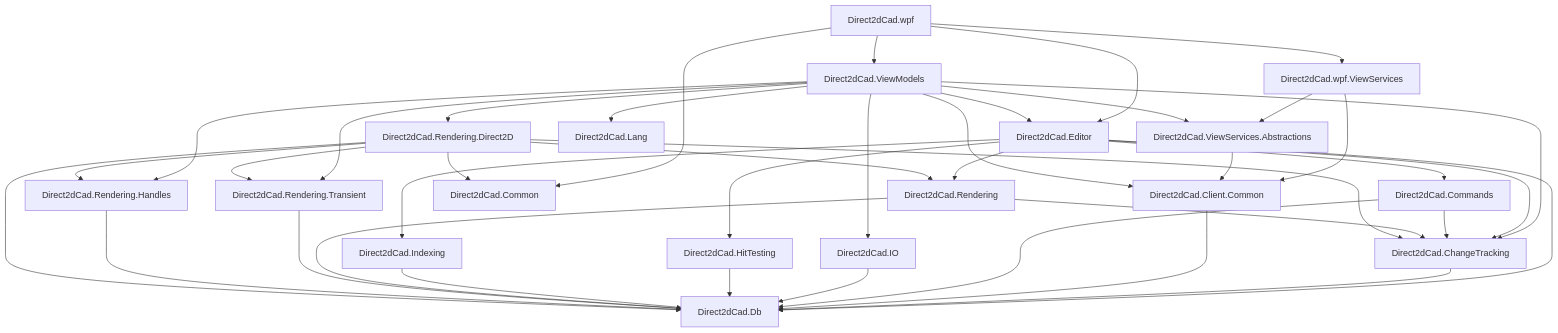
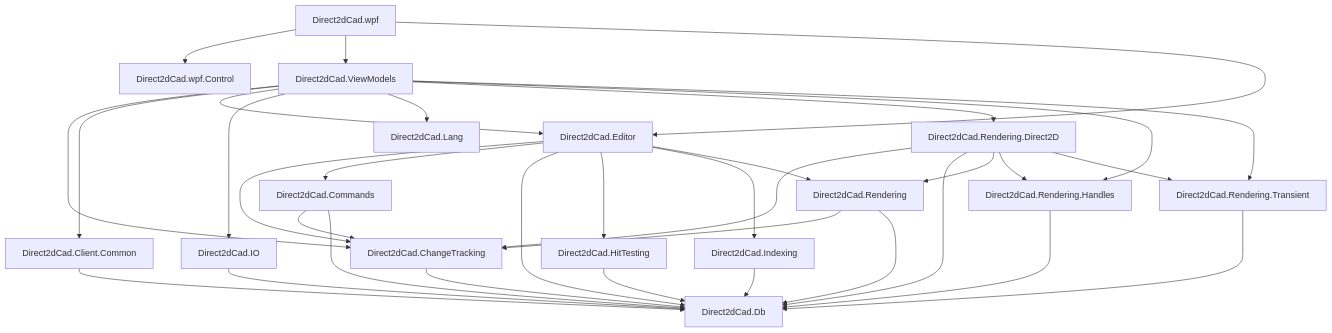
Before and after one commit to yoi102/Direct2dCad: the second of 2 diagrams in README.md, drawn with Mermaid. The commit also changed other lines of this file and 44 other files, not shown here.

````diff
--- a/README.md
+++ b/README.md
@@ -57,68 +73,58 @@
 ```mermaid
 flowchart TD
     WPF["Direct2dCad.wpf"]
+    WpfControl["Direct2dCad.wpf.Control"]
     VM["Direct2dCad.ViewModels"]
-    WpfViewServices["Direct2dCad.wpf.ViewServices"]
-    ViewServices["Direct2dCad.ViewServices.Abstractions"]
+    ClientCommon["Direct2dCad.Client.Common"]
+    Lang["Direct2dCad.Lang"]
     Editor["Direct2dCad.Editor"]
     Commands["Direct2dCad.Commands"]
     ChangeTracking["Direct2dCad.ChangeTracking"]
     Db["Direct2dCad.Db"]
     IO["Direct2dCad.IO"]
     Rendering["Direct2dCad.Rendering"]
     Transient["Direct2dCad.Rendering.Transient"]
     Handles["Direct2dCad.Rendering.Handles"]
     Direct2D["Direct2dCad.Rendering.Direct2D"]
     HitTesting["Direct2dCad.HitTesting"]
     Indexing["Direct2dCad.Indexing"]
-    Common["Direct2dCad.Common"]
-    ClientCommon["Direct2dCad.Client.Common"]
-    Lang["Direct2dCad.Lang"]
 
+    WPF --> WpfControl
     WPF --> VM
     WPF --> Editor
-    WPF --> Common
-    WPF --> WpfViewServices
 
-    WpfViewServices --> ViewServices
-    WpfViewServices --> ClientCommon
-    ViewServices --> ClientCommon
-
+    VM --> ChangeTracking
     VM --> ClientCommon
-    VM --> ChangeTracking
     VM --> Editor
-    VM --> ViewServices
     VM --> IO
     VM --> Lang
     VM --> Direct2D
+    VM --> Handles
     VM --> Transient
-    VM --> Handles
 
+    Editor --> ChangeTracking
     Editor --> Commands
-    Editor --> ChangeTracking
     Editor --> Db
     Editor --> HitTesting
     Editor --> Indexing
     Editor --> Rendering
 
+    Commands --> ChangeTracking
+    Commands --> Db
+
     ChangeTracking --> Db
     ClientCommon --> Db
-
-    Commands --> ChangeTracking
-    Commands --> Db
     IO --> Db
     HitTesting --> Db
     Indexing --> Db
-
     Rendering --> ChangeTracking
     Rendering --> Db
     Transient --> Db
     Handles --> Db
 
     Direct2D --> ChangeTracking
-    Direct2D --> Common
     Direct2D --> Db
     Direct2D --> Rendering
+    Direct2D --> Handles
     Direct2D --> Transient
-    Direct2D --> Handles
 ```
````
